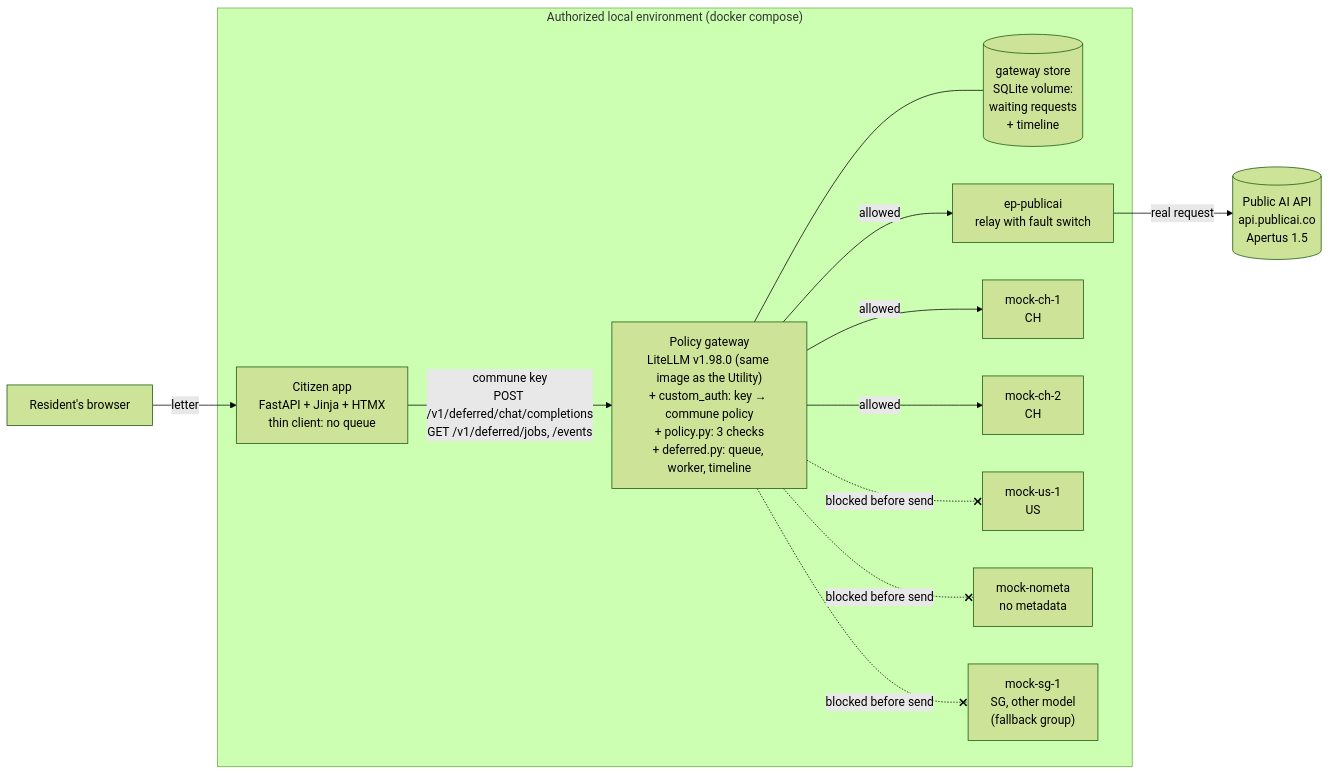
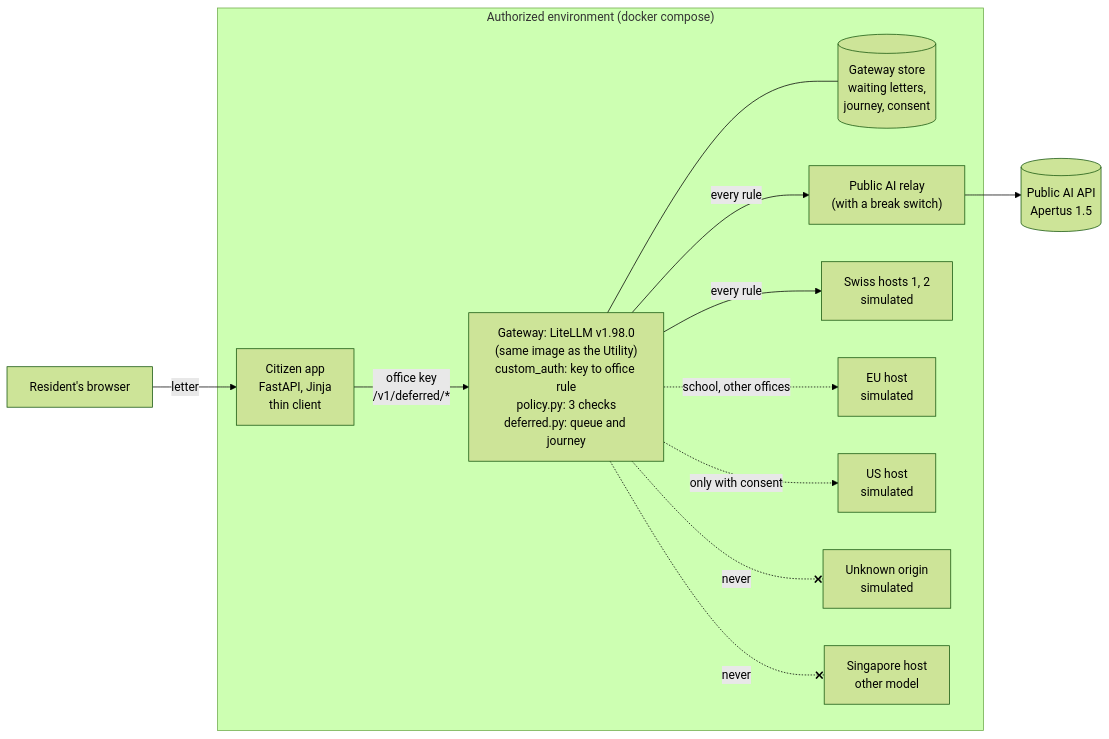
Before and after one commit to SRGSSR/srgssr-zh-hackathon-2026: the diagram in README.md, drawn with Mermaid (forest theme). The commit also changed other lines of this file and 5 other files, not shown here.

````diff
--- a/README.md
+++ b/README.md
@@ -45,24 +64,24 @@
 ```mermaid
 flowchart LR
   R[Resident's browser] -->|letter| APP
-  subgraph local["Authorized local environment (docker compose)"]
-    APP["Citizen app<br/>FastAPI + Jinja + HTMX<br/>thin client: no queue"]
-    GW["Policy gateway<br/>LiteLLM v1.98.0 (same image as the Utility)<br/>+ custom_auth: key → commune policy<br/>+ policy.py: 3 checks<br/>+ deferred.py: queue, worker, timeline"]
-    ST[("gateway store<br/>SQLite volume:<br/>waiting requests<br/>+ timeline")]
-    APP -->|"commune key<br/>POST /v1/deferred/chat/completions<br/>GET /v1/deferred/jobs, /events"| GW
+  subgraph local["Authorized environment (docker compose)"]
+    APP["Citizen app<br/>FastAPI, Jinja<br/>thin client"]
+    GW["Gateway: LiteLLM v1.98.0<br/>(same image as the Utility)<br/>custom_auth: key to office rule<br/>policy.py: 3 checks<br/>deferred.py: queue and journey"]
+    ST[("Gateway store<br/>waiting letters,<br/>journey, consent")]
+    APP -->|"office key<br/>/v1/deferred/*"| GW
     GW --- ST
-    PUB["ep-publicai<br/>relay with fault switch"]
-    CH1[mock-ch-1<br/>CH]
-    CH2[mock-ch-2<br/>CH]
-    US[mock-us-1<br/>US]
-    NM[mock-nometa<br/>no metadata]
-    SG["mock-sg-1<br/>SG, other model<br/>(fallback group)"]
+    PUB["Public AI relay<br/>(with a break switch)"]
+    CH["Swiss hosts 1, 2<br/>simulated"]
+    EU["EU host<br/>simulated"]
+    US["US host<br/>simulated"]
+    NO["Unknown origin<br/>simulated"]
+    SG["Singapore host<br/>other model"]
   end
-  GW -->|allowed| PUB
-  GW -->|allowed| CH1
-  GW -->|allowed| CH2
-  GW -.-x|blocked before send| US
-  GW -.-x|blocked before send| NM
-  GW -.-x|blocked before send| SG
-  PUB -->|real request| PAPI[(Public AI API<br/>api.publicai.co<br/>Apertus 1.5)]
+  GW -->|every rule| PUB
+  GW -->|every rule| CH
+  GW -.->|school, other offices| EU
+  GW -.->|only with consent| US
+  GW -.-x|never| NO
+  GW -.-x|never| SG
+  PUB --> PAPI[(Public AI API<br/>Apertus 1.5)]
 ```
````
